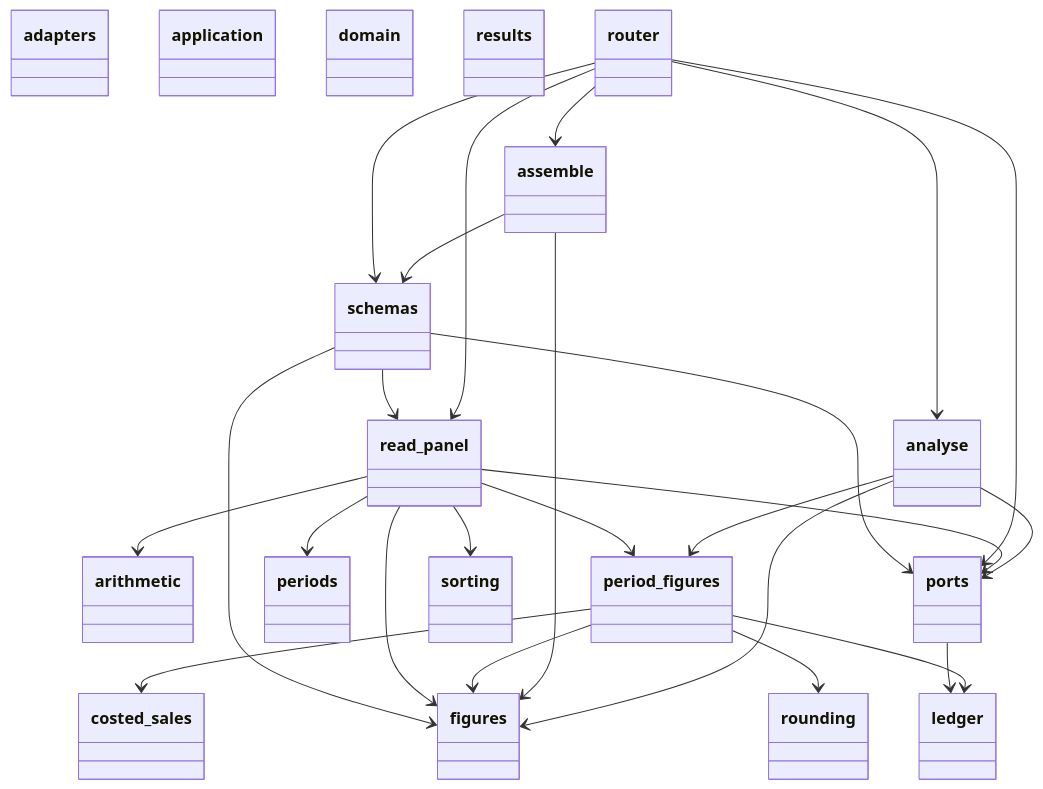
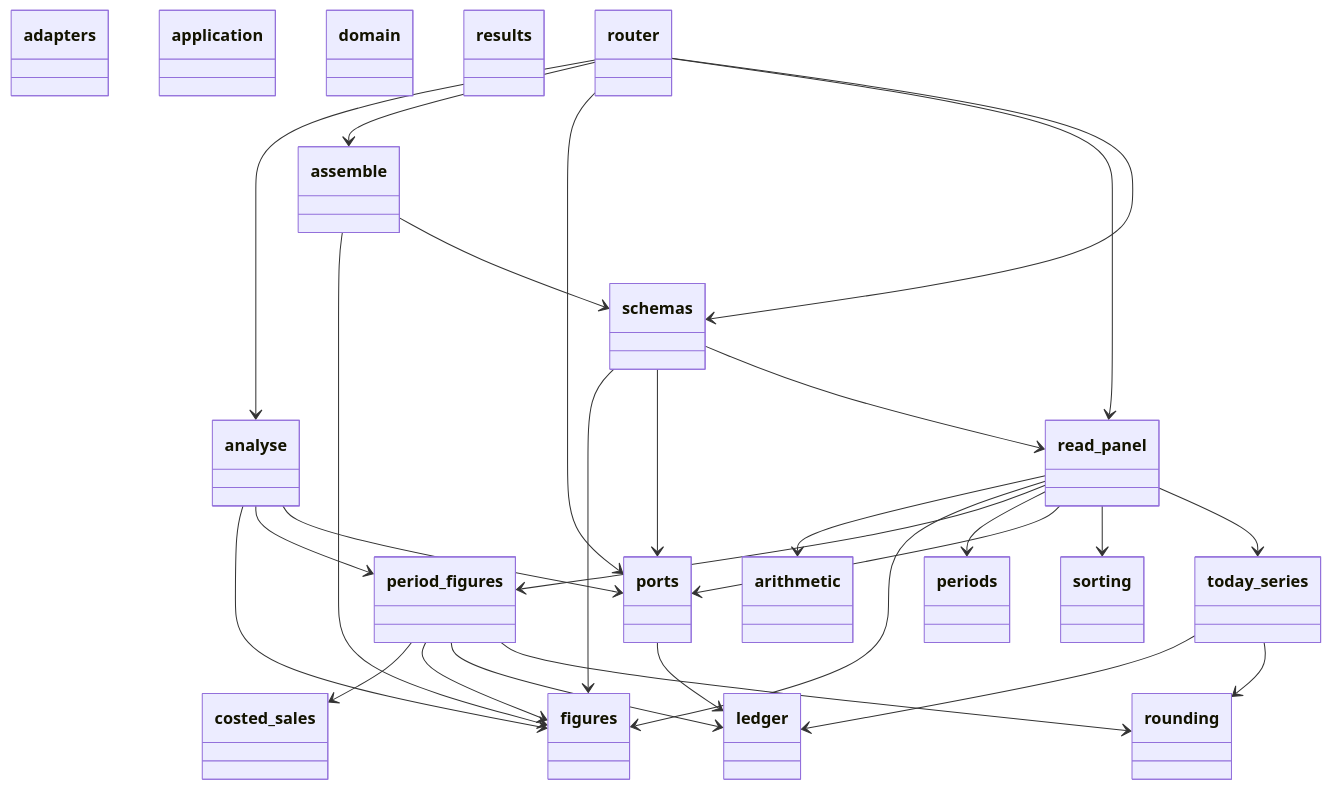
One commit to GonzaloZevallos/apostrophe changed the first of 4 diagrams in docs/architecture/generated/classes/results.md. Above: the diagram before and after it, drawn with Mermaid. The commit also changed other lines of this file and 2 other files, not shown here.

````diff
--- a/docs/architecture/generated/classes/results.md
+++ b/docs/architecture/generated/classes/results.md
@@ -7,63 +7,68 @@
 ```mermaid
 classDiagram
   class adapters {
   }
   class analyse {
   }
   class application {
   }
   class arithmetic {
   }
   class assemble {
   }
   class costed_sales {
   }
   class domain {
   }
   class figures {
   }
   class ledger {
   }
   class period_figures {
   }
   class periods {
   }
   class ports {
   }
   class read_panel {
   }
   class results {
   }
   class rounding {
   }
   class router {
   }
   class schemas {
   }
   class sorting {
   }
+  class today_series {
+  }
   analyse --> figures
   analyse --> period_figures
   analyse --> ports
   assemble --> figures
   assemble --> schemas
   period_figures --> costed_sales
   period_figures --> figures
   period_figures --> ledger
   period_figures --> rounding
   ports --> ledger
   read_panel --> arithmetic
   read_panel --> figures
   read_panel --> period_figures
   read_panel --> periods
   read_panel --> ports
   read_panel --> sorting
+  read_panel --> today_series
   router --> analyse
   router --> assemble
   router --> ports
   router --> read_panel
   router --> schemas
   schemas --> figures
   schemas --> ports
   schemas --> read_panel
+  today_series --> ledger
+  today_series --> rounding
 ```
````
